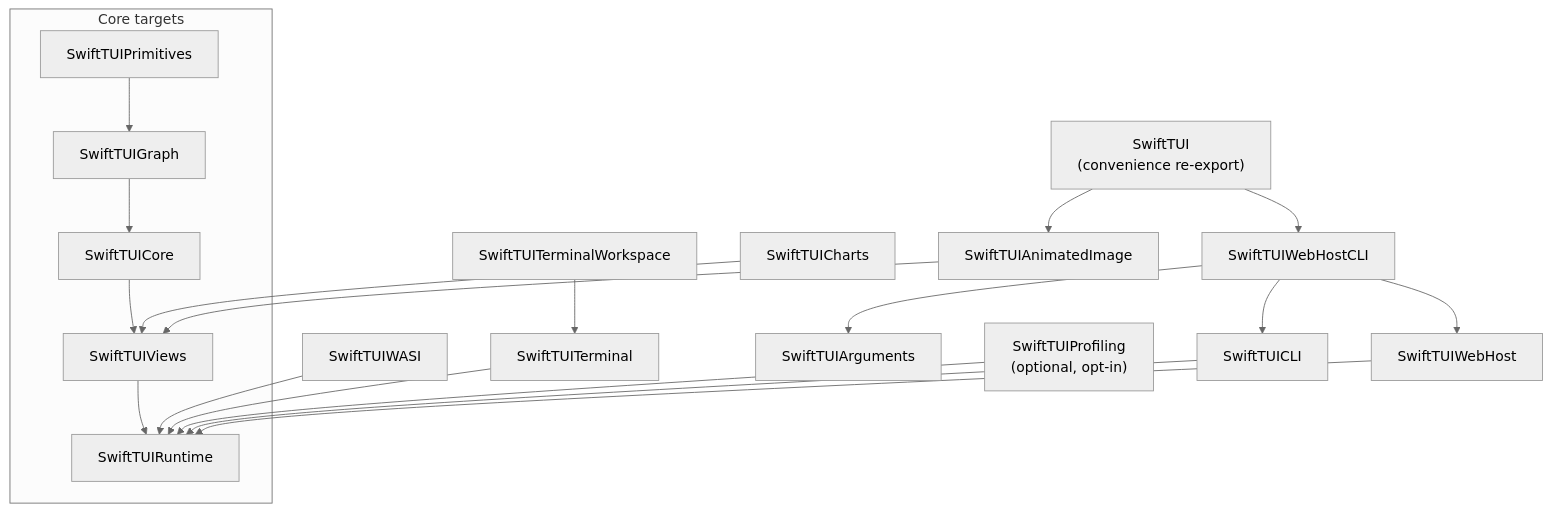
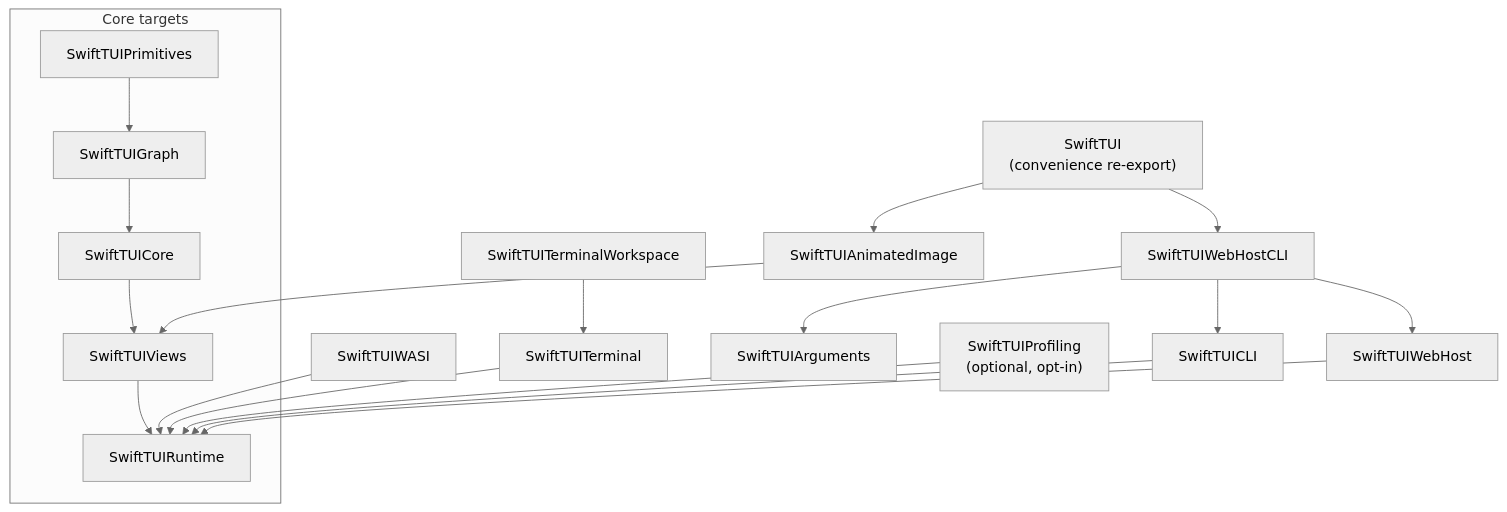
One commit to SwiftTUI/swift-tui changed the second of 2 diagrams in docs/ARCHITECTURE.md. Above: the diagram before and after it, drawn with Mermaid (neutral theme). The commit also changed other lines of this file and 139 other files, not shown here.

````diff
--- a/docs/ARCHITECTURE.md
+++ b/docs/ARCHITECTURE.md
@@ -43,31 +43,30 @@
 ```mermaid
 flowchart TD
     subgraph engine["Core targets"]
         SwiftTUIPrimitives
         SwiftTUIGraph
         SwiftTUICore
         SwiftTUIViews
         SwiftTUIRuntime
     end
     SwiftTUIPrimitives --> SwiftTUIGraph
     SwiftTUIGraph --> SwiftTUICore
     SwiftTUICore --> SwiftTUIViews
     SwiftTUIViews --> SwiftTUIRuntime
 
     SwiftTUIArguments
     SwiftTUICLI --> SwiftTUIRuntime
     SwiftTUI["SwiftTUI<br/>(convenience re-export)"]
     SwiftTUI --> SwiftTUIWebHostCLI
     SwiftTUI --> SwiftTUIAnimatedImage
 
     SwiftTUIWASI --> SwiftTUIRuntime
     SwiftTUIWebHost --> SwiftTUIRuntime
     SwiftTUIWebHostCLI --> SwiftTUIWebHost
     SwiftTUIWebHostCLI --> SwiftTUICLI
     SwiftTUIWebHostCLI --> SwiftTUIArguments
     SwiftTUITerminal --> SwiftTUIRuntime
     SwiftTUITerminalWorkspace --> SwiftTUITerminal
-    SwiftTUICharts --> SwiftTUIViews
     SwiftTUIAnimatedImage --> SwiftTUIViews
     SwiftTUIProfiling["SwiftTUIProfiling<br/>(optional, opt-in)"] --> SwiftTUIRuntime
 ```
````
